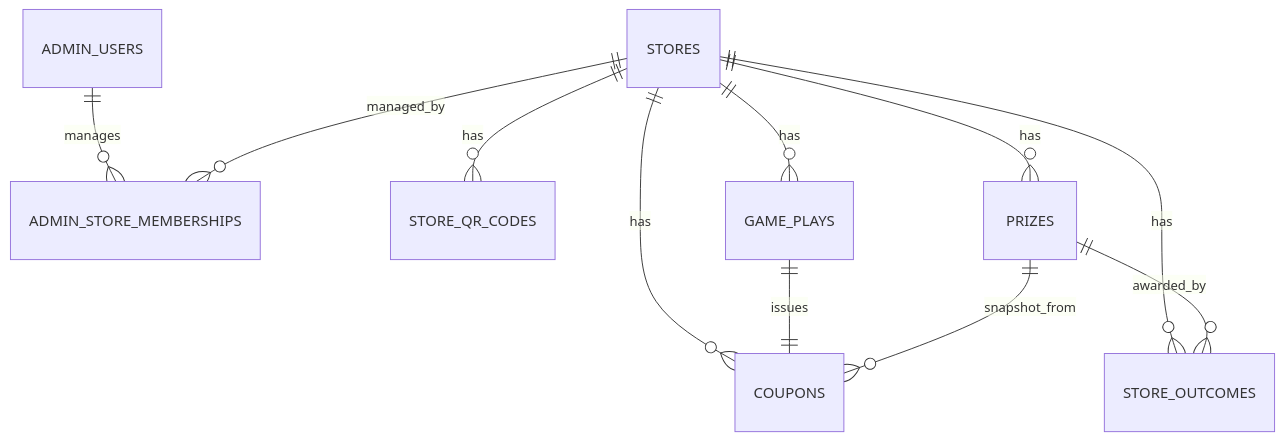
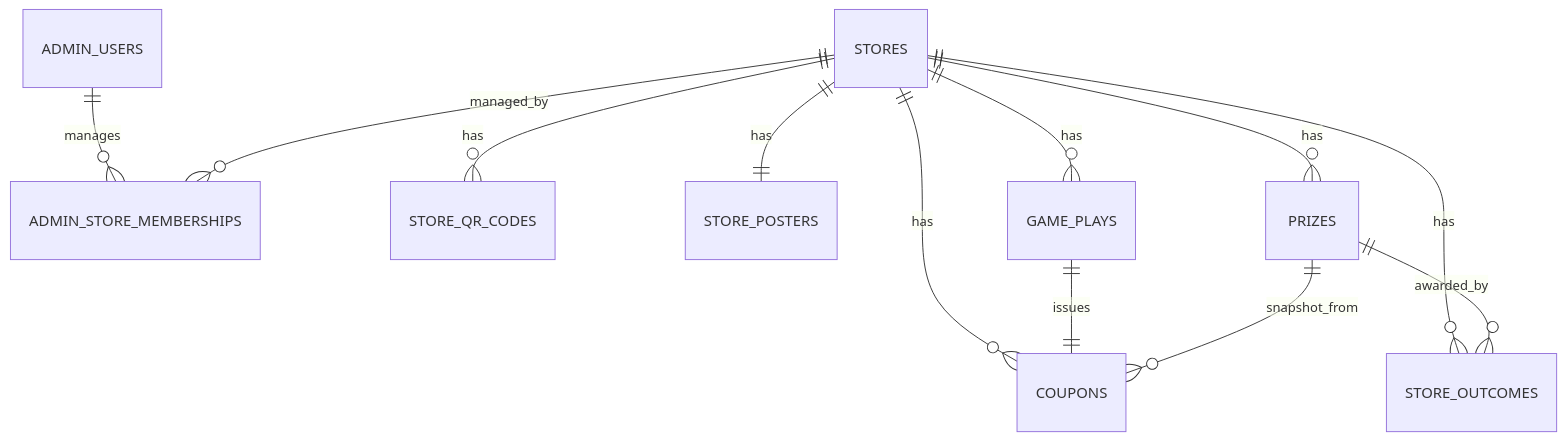
The diagram in 04_ERD.md (Eehoyoung/yut-review), drawn with Mermaid before and after one commit. The commit also changed other lines of this file and 10 other files, not shown here.

````diff
--- a/04_ERD.md
+++ b/04_ERD.md
@@ -4,13 +4,14 @@
 ```mermaid
 erDiagram
     ADMIN_USERS ||--o{ ADMIN_STORE_MEMBERSHIPS : manages
     STORES ||--o{ ADMIN_STORE_MEMBERSHIPS : managed_by
     STORES ||--o{ STORE_QR_CODES : has
+    STORES ||--|| STORE_POSTERS : has
     STORES ||--o{ PRIZES : has
     STORES ||--o{ STORE_OUTCOMES : has
     STORES ||--o{ GAME_PLAYS : has
     STORES ||--o{ COUPONS : has
     GAME_PLAYS ||--|| COUPONS : issues
     PRIZES ||--o{ COUPONS : snapshot_from
     PRIZES ||--o{ STORE_OUTCOMES : awarded_by
 ```
````
